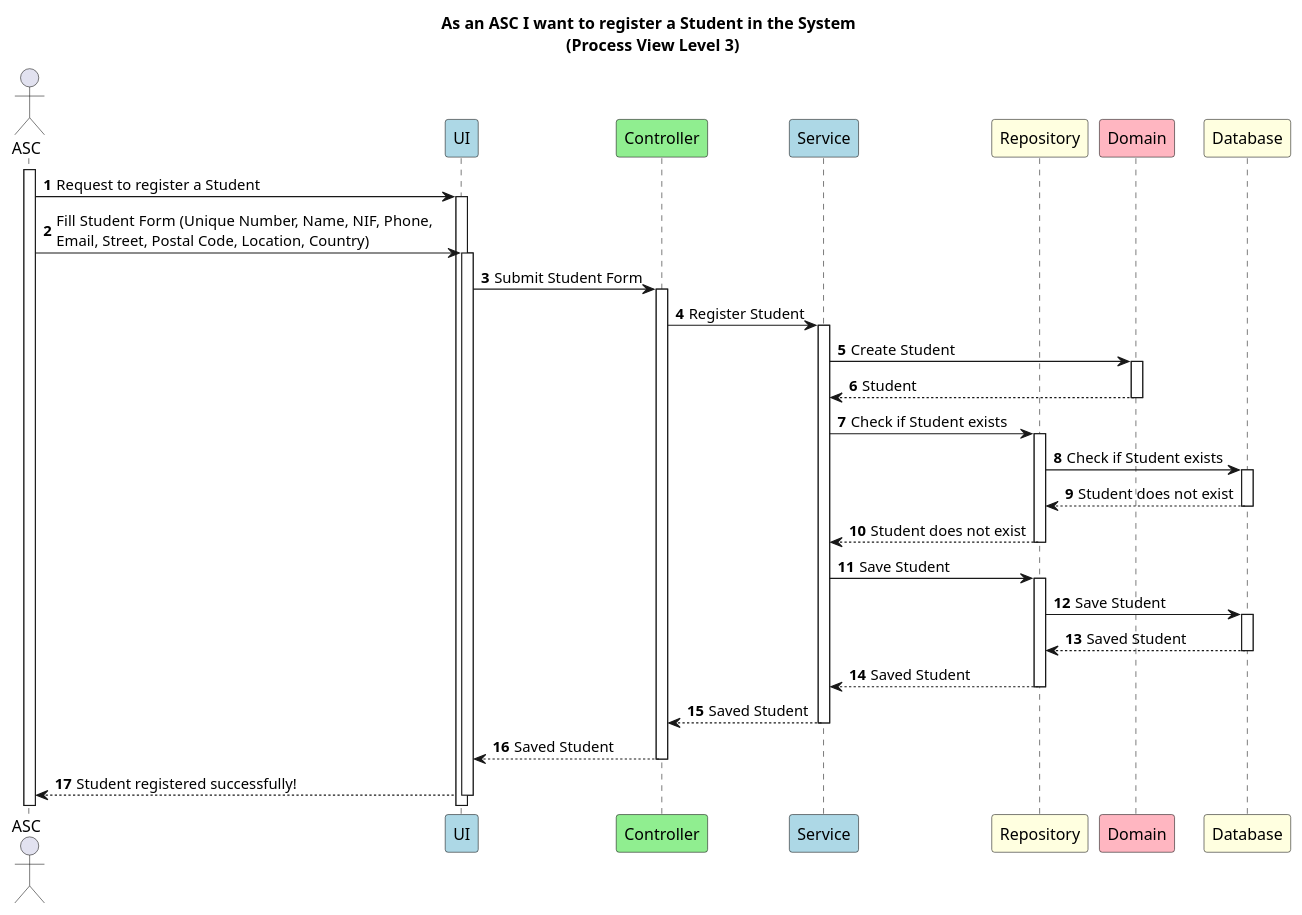
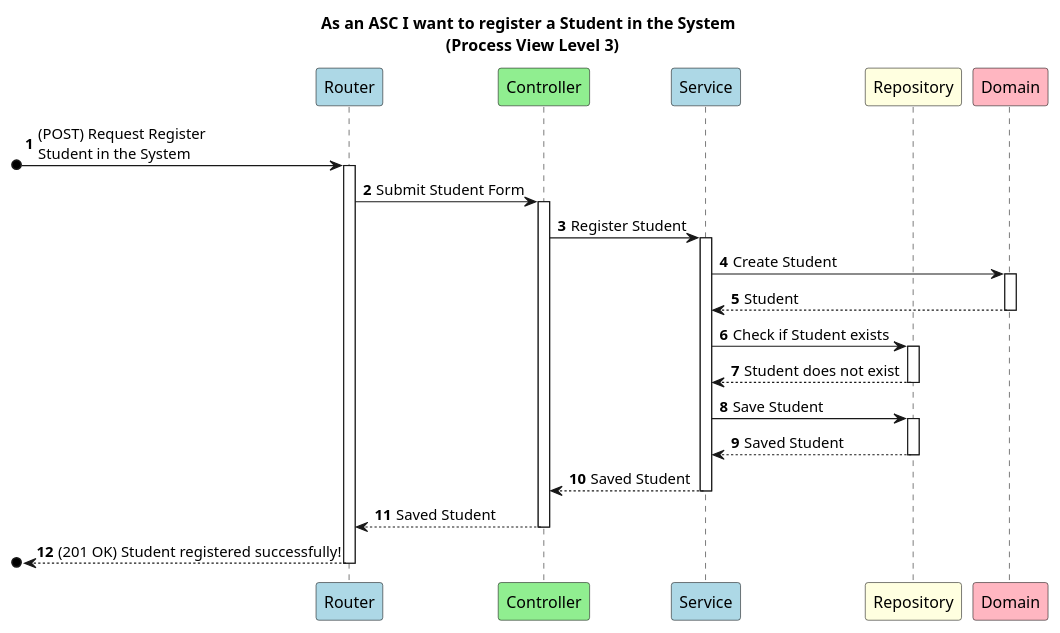
One commit to GasparISEP/DevOps-PAI changed the diagram in docs/US08/ProcessView/US08Level3.puml. Above: the diagram before and after it, drawn with PlantUML. The commit also changed 3 other files, not shown here.

Commit message:
ref #500 update diagrams for teacher with relevant data and student

```diff
--- a/docs/US08/ProcessView/US08Level3.puml
+++ b/docs/US08/ProcessView/US08Level3.puml
@@ -1,40 +1,31 @@
 @startuml
 
 autonumber
 
 title As an ASC I want to register a Student in the System \n (Process View Level 3)
 
-actor ASC as Admin
-participant "UI" as UI #lightblue
+participant "Router" as RO #lightblue
 participant "Controller" as C #lightgreen
 participant "Service" as S #lightblue
 participant "Repository" as R #lightyellow
 participant "Domain" as D #lightpink
-participant "Database" as BD #lightyellow
 
-activate Admin
-Admin -> UI ++: Request to register a Student
+[o-> RO ++: (POST) Request Register\nStudent in the System
 
-Admin -> UI ++: Fill Student Form (Unique Number, Name, NIF, Phone, \nEmail, Street, Postal Code, Location, Country)
-
-UI -> C ++: Submit Student Form
+RO -> C ++: Submit Student Form
 C -> S ++: Register Student
 
 S -> D ++: Create Student
 D --> S --: Student
 
 S -> R ++: Check if Student exists
-R -> BD ++: Check if Student exists
-BD --> R --: Student does not exist
 R --> S --: Student does not exist
 
 S -> R ++: Save Student
-R -> BD ++: Save Student
-BD --> R --: Saved Student
 R --> S --: Saved Student
 
 S --> C --: Saved Student
-C --> UI --: Saved Student
-UI --> Admin --: Student registered successfully!
+C --> RO --: Saved Student
+[o<-- RO --: (201 OK) Student registered successfully!
 
 @enduml
```
